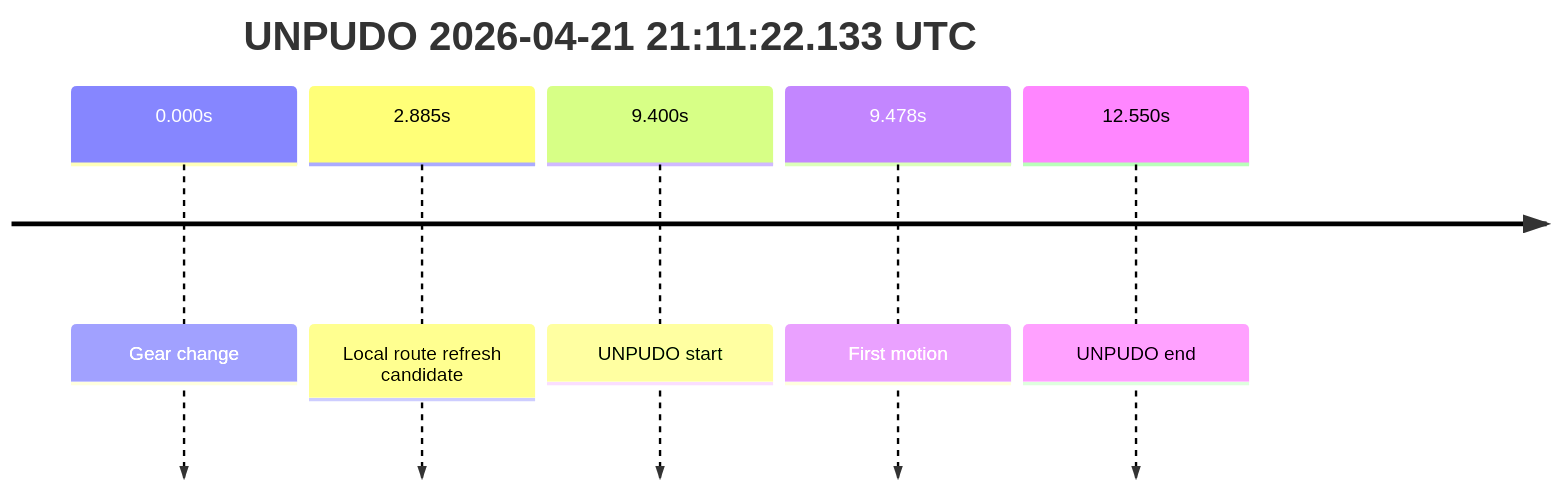
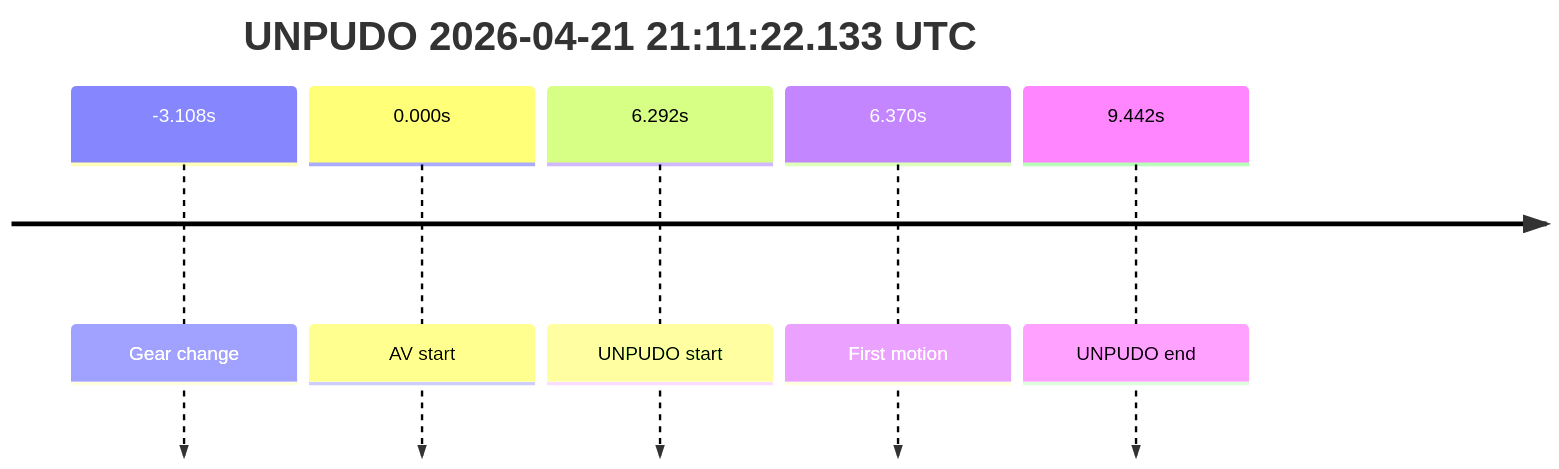
The fourth of 5 diagrams in model_analysis/report_cards/2026/04/Week-4/fme20009--2026-04-21--20-53-31--gen2-av-c485ff0d-599e-495f-bee7-17c4a854ab52.md (yoelshapiro/vault), drawn with Mermaid before and after one commit. The commit also changed other lines of this file and 1 other file, not shown here.

````diff
--- a/model_analysis/report_cards/2026/04/Week-4/fme20009--2026-04-21--20-53-31--gen2-av-c485ff0d-599e-495f-bee7-17c4a854ab52.md
+++ b/model_analysis/report_cards/2026/04/Week-4/fme20009--2026-04-21--20-53-31--gen2-av-c485ff0d-599e-495f-bee7-17c4a854ab52.md
@@ -212,9 +209,9 @@
 ```mermaid
 timeline
     title UNPUDO 2026-04-21 21:11:22.133 UTC
-    0.000s : Gear change
-    2.885s : Local route refresh candidate
-    9.400s : UNPUDO start
-    9.478s : First motion
-    12.550s : UNPUDO end
+    -3.108s : Gear change
+    0.000s : AV start
+    6.292s : UNPUDO start
+    6.370s : First motion
+    9.442s : UNPUDO end
 ```
````
